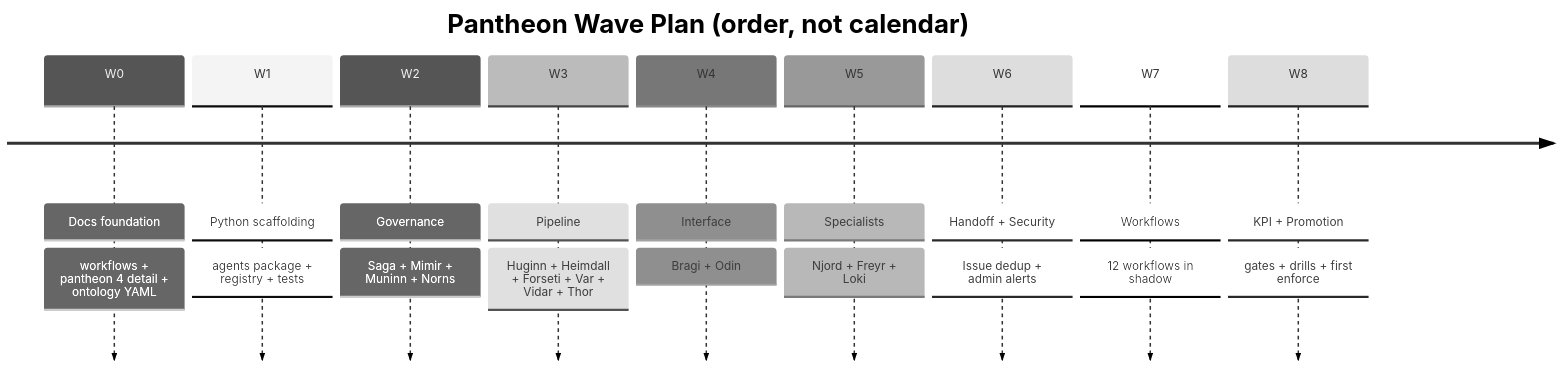
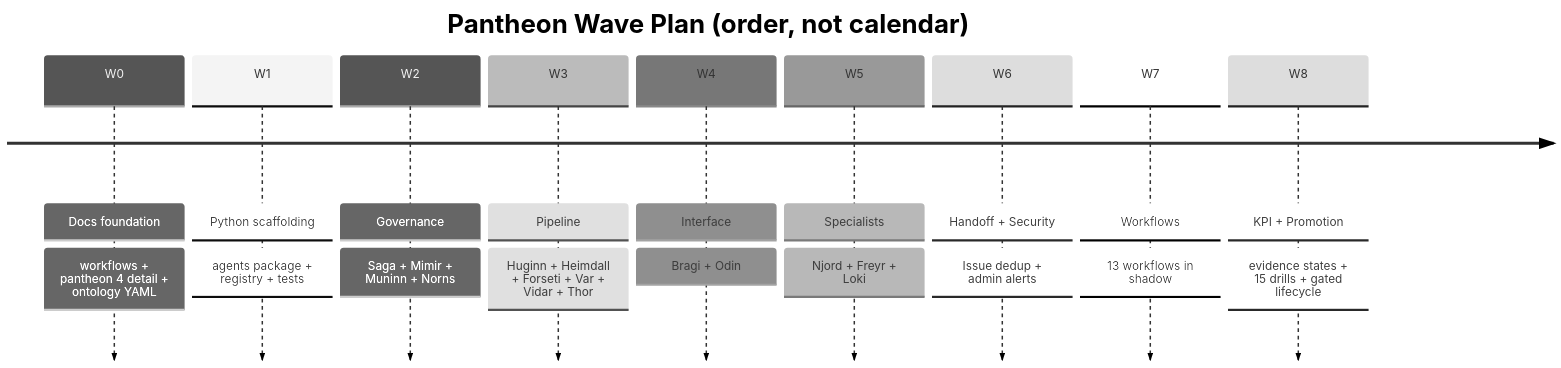
The diagram in docs/roadmap/agents/agent-pantheon-implementation-ko.md (dotnetpower/fdai), drawn with Mermaid (neutral theme) before and after one commit. The commit also changed other lines of this file and 23 other files, not shown here.

````diff
--- a/docs/roadmap/agents/agent-pantheon-implementation-ko.md
+++ b/docs/roadmap/agents/agent-pantheon-implementation-ko.md
@@ -772,13 +777,13 @@
 ```mermaid
 timeline
     title Pantheon Wave Plan (order, not calendar)
     W0 : Docs foundation : workflows + pantheon 4 detail + ontology YAML
     W1 : Python scaffolding : agents package + registry + tests
     W2 : Governance : Saga + Mimir + Muninn + Norns
     W3 : Pipeline : Huginn + Heimdall + Forseti + Var + Vidar + Thor
     W4 : Interface : Bragi + Odin
     W5 : Specialists : Njord + Freyr + Loki
     W6 : Handoff + Security : Issue dedup + admin alerts
-    W7 : Workflows : 12 workflows in shadow
-    W8 : KPI + Promotion : gates + drills + first enforce
+    W7 : Workflows : 13 workflows in shadow
+    W8 : KPI + Promotion : evidence states + 15 drills + gated lifecycle
 ```
````
